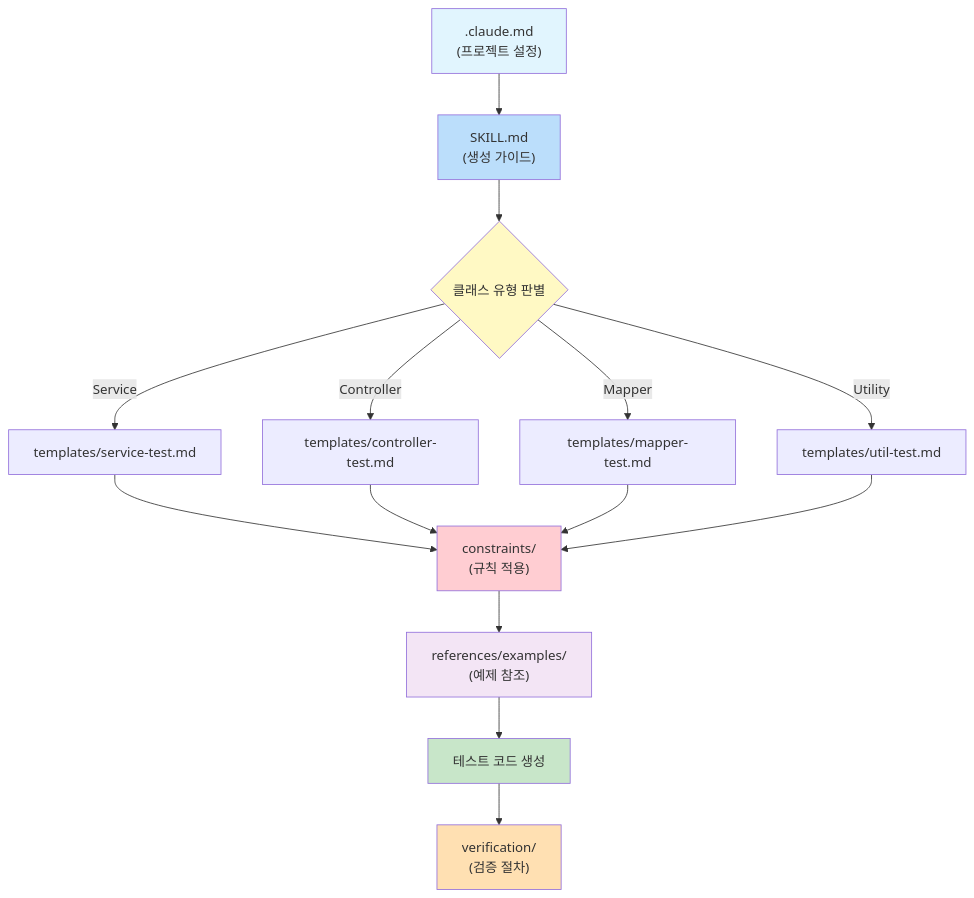
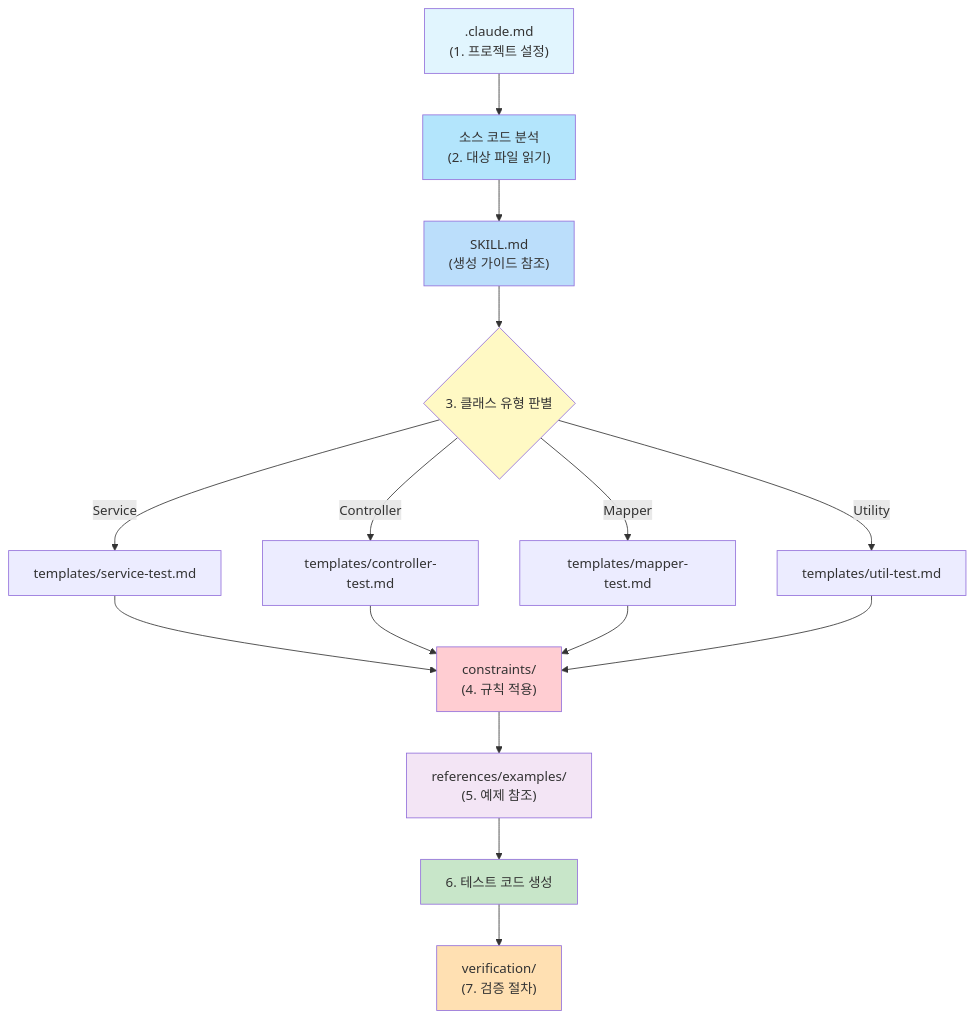
Before and after one commit to kyunmo/ai-tdd-demo: the diagram in docs/ai-tdd/ai-tdd-skills/document-guide.md, drawn with Mermaid. The commit also changed other lines of this file and 7 other files, not shown here.

````diff
--- a/docs/ai-tdd/ai-tdd-skills/document-guide.md
+++ b/docs/ai-tdd/ai-tdd-skills/document-guide.md
@@ -43,21 +43,23 @@
 ```mermaid
 graph TD
-    A[".claude.md<br>(프로젝트 설정)"] --> B["SKILL.md<br>(생성 가이드)"]
-    B --> C{"클래스 유형 판별"}
+    A[".claude.md<br>(1. 프로젝트 설정)"] --> S["소스 코드 분석<br>(2. 대상 파일 읽기)"]
+    S --> B["SKILL.md<br>(생성 가이드 참조)"]
+    B --> C{"3. 클래스 유형 판별"}
     C -->|Service| T1["templates/service-test.md"]
     C -->|Controller| T2["templates/controller-test.md"]
     C -->|Mapper| T3["templates/mapper-test.md"]
     C -->|Utility| T4["templates/util-test.md"]
-    T1 & T2 & T3 & T4 --> R["constraints/<br>(규칙 적용)"]
-    R --> E["references/examples/<br>(예제 참조)"]
-    E --> G["테스트 코드 생성"]
-    G --> V["verification/<br>(검증 절차)"]
+    T1 & T2 & T3 & T4 --> R["constraints/<br>(4. 규칙 적용)"]
+    R --> E["references/examples/<br>(5. 예제 참조)"]
+    E --> G["6. 테스트 코드 생성"]
+    G --> V["verification/<br>(7. 검증 절차)"]
 
     style A fill:#e1f5fe
+    style S fill:#b3e5fc
     style B fill:#bbdefb
     style C fill:#fff9c4
     style R fill:#ffcdd2
     style E fill:#f3e5f5
     style G fill:#c8e6c9
     style V fill:#ffe0b2
 ```
````
